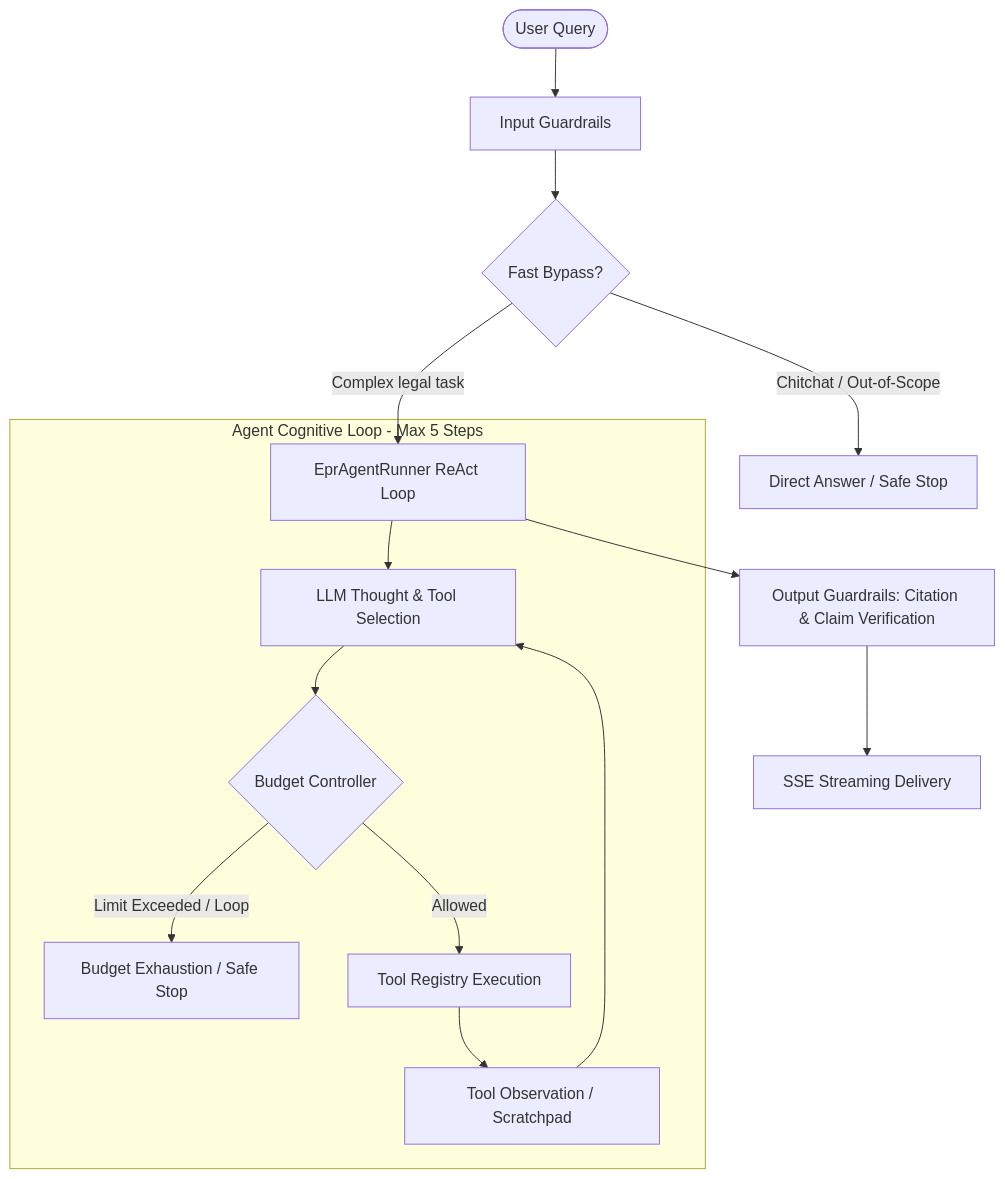
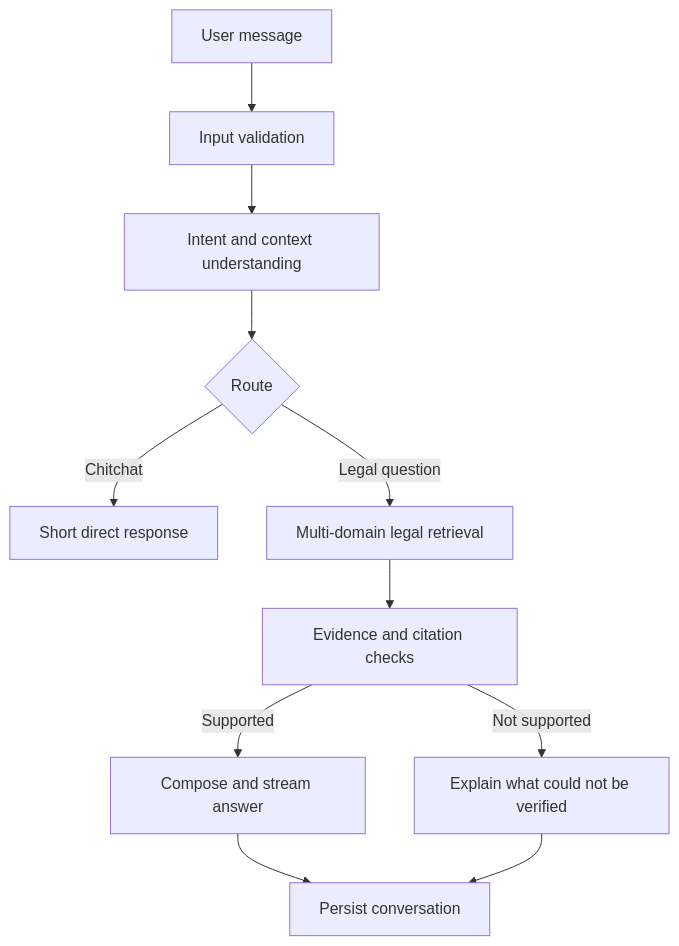
Before and after one commit to taitran501/vietnam-legal-agent: the diagram in docs/architecture/autonomous-agent-architecture.md, drawn with Mermaid. The commit also changed other lines of this file and 379 other files, not shown here.

First line of the commit message:
Migrate to a general Vietnamese legal agent (#64)

````diff
--- a/docs/architecture/autonomous-agent-architecture.md
+++ b/docs/architecture/autonomous-agent-architecture.md
@@ -25,19 +9,13 @@
 ```mermaid
 flowchart TD
-    User([User Query]) --> GuardrailIn[Input Guardrails]
-    GuardrailIn --> RouteCheck{Fast Bypass?}
-    RouteCheck -->|Chitchat / Out-of-Scope| FastDirect[Direct Answer / Safe Stop]
-    RouteCheck -->|Complex legal task| AgentRunner[EprAgentRunner ReAct Loop]
-
-    subgraph CognitiveLoop [Agent Cognitive Loop - Max 5 Steps]
-        AgentRunner --> LLMReason[LLM Thought & Tool Selection]
-        LLMReason --> BudgetCheck{Budget Controller}
-        BudgetCheck -->|Limit Exceeded / Loop| SafeStop[Budget Exhaustion / Safe Stop]
-        BudgetCheck -->|Allowed| ToolExec[Tool Registry Execution]
-        ToolExec --> Observation[Tool Observation / Scratchpad]
-        Observation --> LLMReason
-    end
-
-    AgentRunner --> GuardrailOut[Output Guardrails: Citation & Claim Verification]
-    GuardrailOut --> SSEStream[SSE Streaming Delivery]
+    User[User message] --> Input[Input validation]
+    Input --> Understand[Intent and context understanding]
+    Understand --> Route{Route}
+    Route -->|Chitchat| Direct[Short direct response]
+    Route -->|Legal question| Retrieve[Multi-domain legal retrieval]
+    Retrieve --> Verify[Evidence and citation checks]
+    Verify -->|Supported| Answer[Compose and stream answer]
+    Verify -->|Not supported| Stop[Explain what could not be verified]
+    Answer --> History[Persist conversation]
+    Stop --> History
 ```
````
